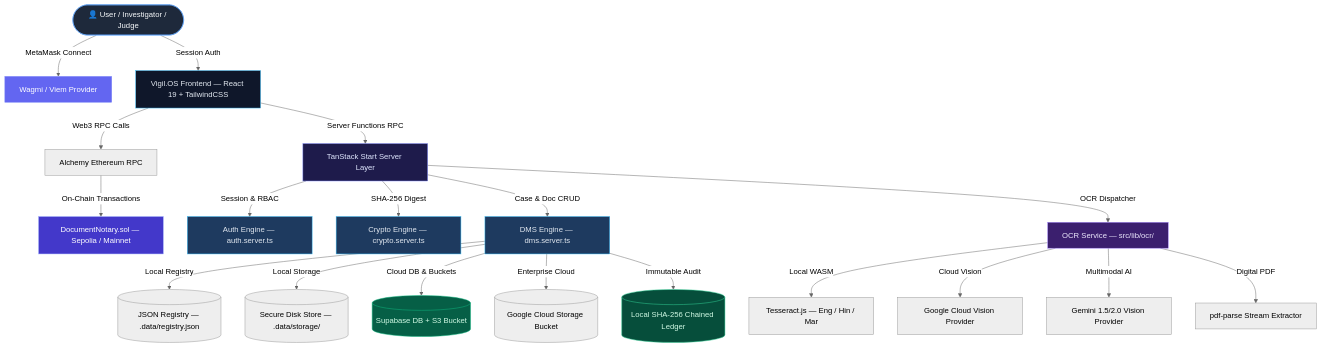
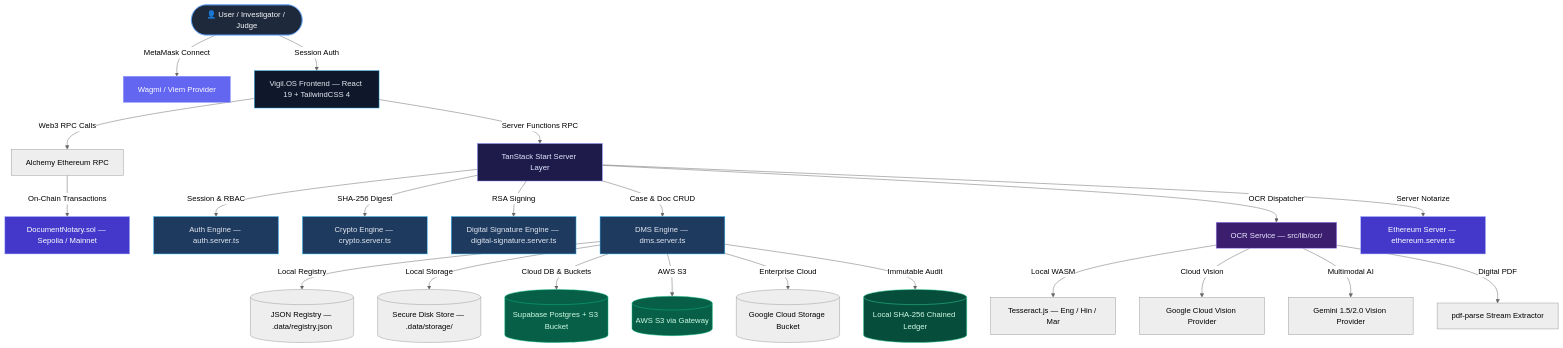
Before and after one commit to pranavkadam-cs/judicator-docs: the first of 6 diagrams in README.md, drawn with Mermaid (neutral theme). The commit also changed other lines of this file and 14 other files, not shown here.

````diff
--- a/README.md
+++ b/README.md
@@ -59,38 +70,44 @@
 ```mermaid
 graph TD
     User([👤 User / Investigator / Judge]) -->|MetaMask Connect| Web3[Wagmi / Viem Provider]
-    User -->|Session Auth| Client[Vigil.OS Frontend — React 19 + TailwindCSS]
+    User -->|Session Auth| Client[Vigil.OS Frontend — React 19 + TailwindCSS 4]
 
     Client -->|Web3 RPC Calls| Alchemy[Alchemy Ethereum RPC]
     Alchemy -->|On-Chain Transactions| Contract[DocumentNotary.sol — Sepolia / Mainnet]
 
     Client -->|Server Functions RPC| ServerFn[TanStack Start Server Layer]
 
     ServerFn -->|Session & RBAC| Auth[Auth Engine — auth.server.ts]
     ServerFn -->|SHA-256 Digest| Crypto[Crypto Engine — crypto.server.ts]
+    ServerFn -->|RSA Signing| DSig[Digital Signature Engine — digital-signature.server.ts]
     ServerFn -->|Case & Doc CRUD| DMS[DMS Engine — dms.server.ts]
     ServerFn -->|OCR Dispatcher| OCR[OCR Service — src/lib/ocr/]
+    ServerFn -->|Server Notarize| EthServer[Ethereum Server — ethereum.server.ts]
 
     OCR -->|Local WASM| Tesseract[Tesseract.js — Eng / Hin / Mar]
     OCR -->|Cloud Vision| GCV[Google Cloud Vision Provider]
     OCR -->|Multimodal AI| Gemini[Gemini 1.5/2.0 Vision Provider]
     OCR -->|Digital PDF| PDFParse[pdf-parse Stream Extractor]
 
     DMS -->|Local Registry| DB[(JSON Registry — .data/registry.json)]
     DMS -->|Local Storage| Disk[(Secure Disk Store — .data/storage/)]
-    DMS -->|Cloud DB & Buckets| Supabase[(Supabase DB + S3 Bucket)]
+    DMS -->|Cloud DB & Buckets| Supabase[(Supabase Postgres + S3 Bucket)]
+    DMS -->|AWS S3| S3[(AWS S3 via Gateway)]
     DMS -->|Enterprise Cloud| GCS[(Google Cloud Storage Bucket)]
     DMS -->|Immutable Audit| Ledger[(Local SHA-256 Chained Ledger)]
 
     style User fill:#1e293b,stroke:#60a5fa,color:#f8fafc
     style Client fill:#0f172a,stroke:#38bdf8,color:#e2e8f0
     style Web3 fill:#6366f1,stroke:#818cf8,color:#ffffff
     style Contract fill:#4338ca,stroke:#a5b4fc,color:#ffffff
     style ServerFn fill:#1e1b4b,stroke:#818cf8,color:#e0e7ff
     style Auth fill:#1e3a5f,stroke:#38bdf8,color:#e2e8f0
     style Crypto fill:#1e3a5f,stroke:#38bdf8,color:#e2e8f0
+    style DSig fill:#1e3a5f,stroke:#38bdf8,color:#e2e8f0
     style DMS fill:#1e3a5f,stroke:#38bdf8,color:#e2e8f0
     style OCR fill:#3b1f6e,stroke:#a78bfa,color:#ede9fe
+    style EthServer fill:#4338ca,stroke:#a5b4fc,color:#ffffff
     style Ledger fill:#064e3b,stroke:#34d399,color:#d1fae5
     style Supabase fill:#065f46,stroke:#10b981,color:#d1fae5
+    style S3 fill:#065f46,stroke:#10b981,color:#d1fae5
 ```
````
